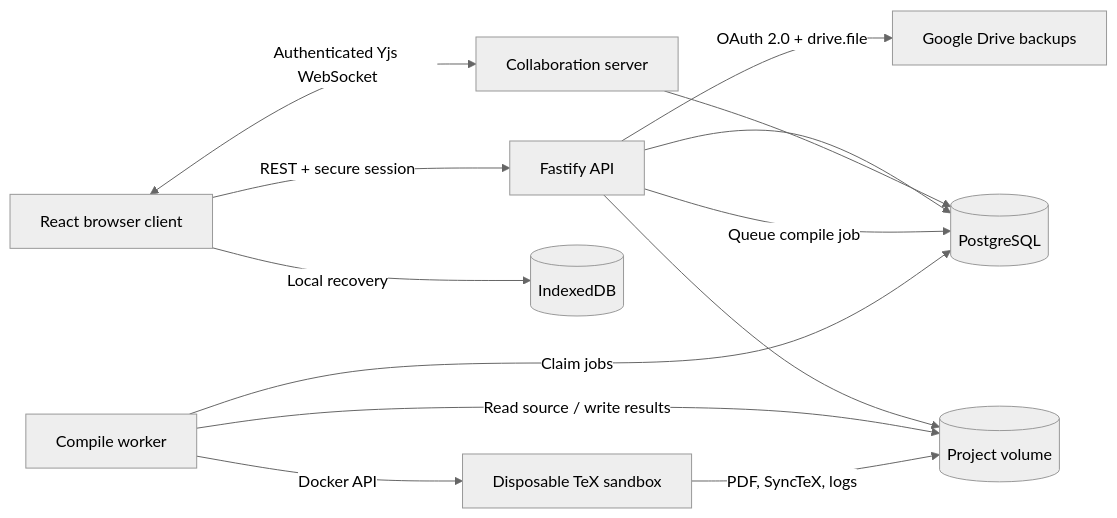
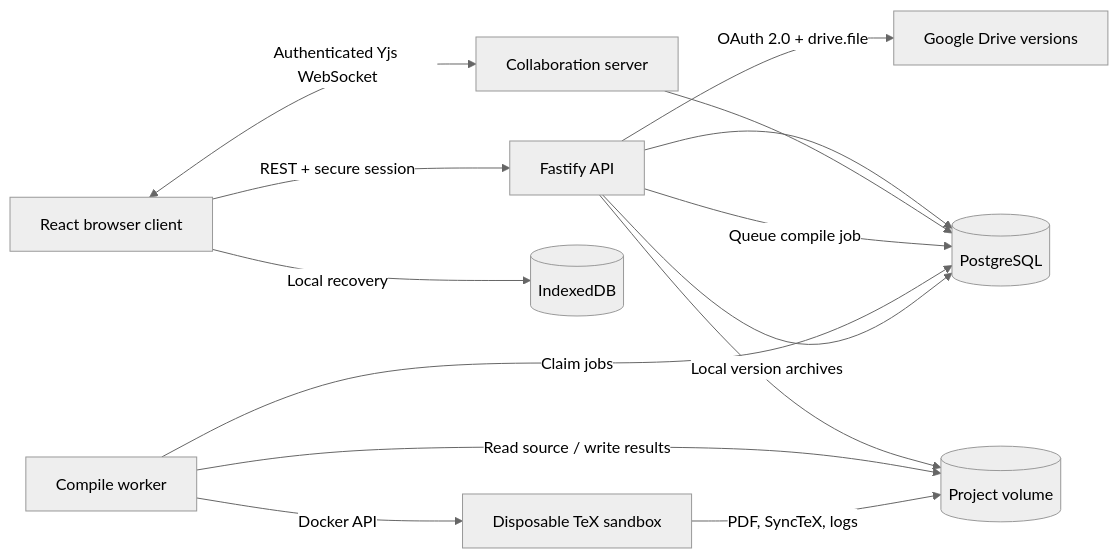
One commit to MFrd1989/texharbor changed the diagram in README.md. Above: the diagram before and after it, drawn with Mermaid (neutral theme). The commit also changed other lines of this file and 11 other files, not shown here.

````diff
--- a/README.md
+++ b/README.md
@@ -33,15 +34,16 @@
 ```mermaid
 flowchart LR
     B[React browser client] -->|REST + secure session| A[Fastify API]
     B <-->|Authenticated Yjs WebSocket| C[Collaboration server]
     B -->|Local recovery| I[(IndexedDB)]
     A --> D[(PostgreSQL)]
     C --> D
     A --> V[(Project volume)]
     A -->|Queue compile job| D
     W[Compile worker] -->|Claim jobs| D
     W -->|Read source / write results| V
     W -->|Docker API| X[Disposable TeX sandbox]
     X -->|PDF, SyncTeX, logs| V
-    A -->|OAuth 2.0 + drive.file| G[Google Drive backups]
+    A -->|Local version archives| D
+    A -->|OAuth 2.0 + drive.file| G[Google Drive versions]
 ```
````
